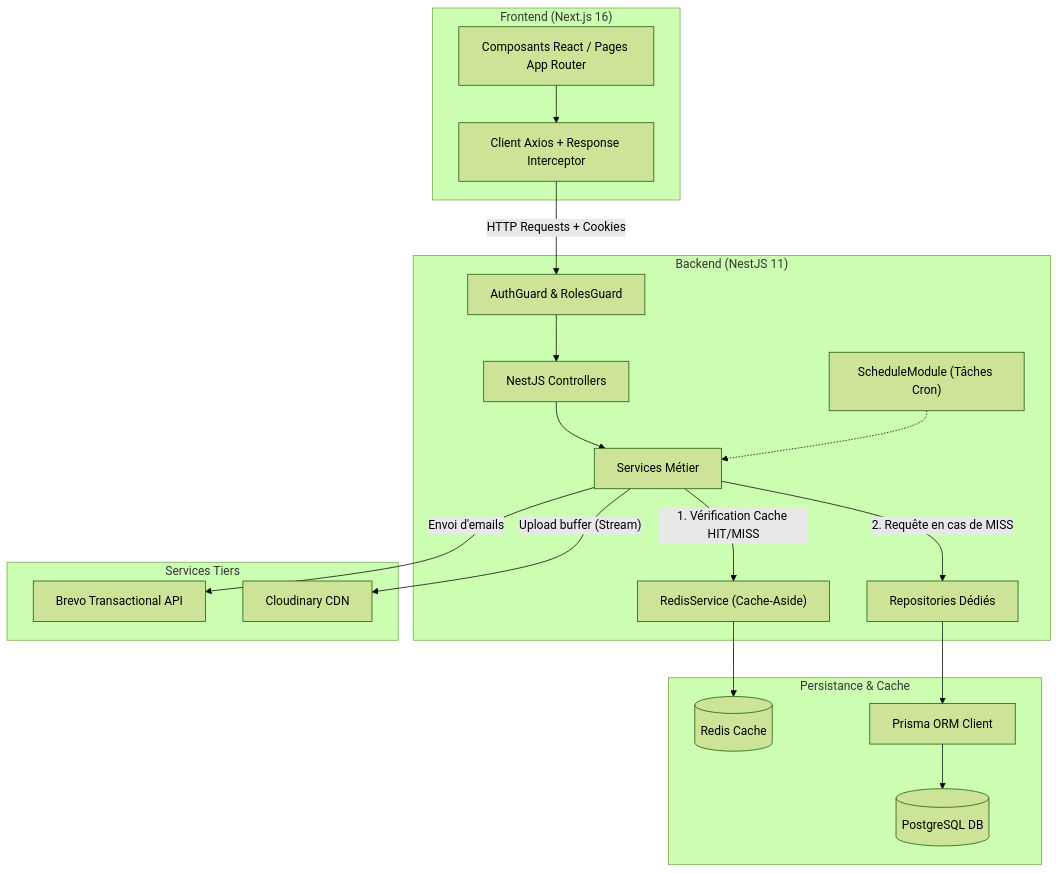
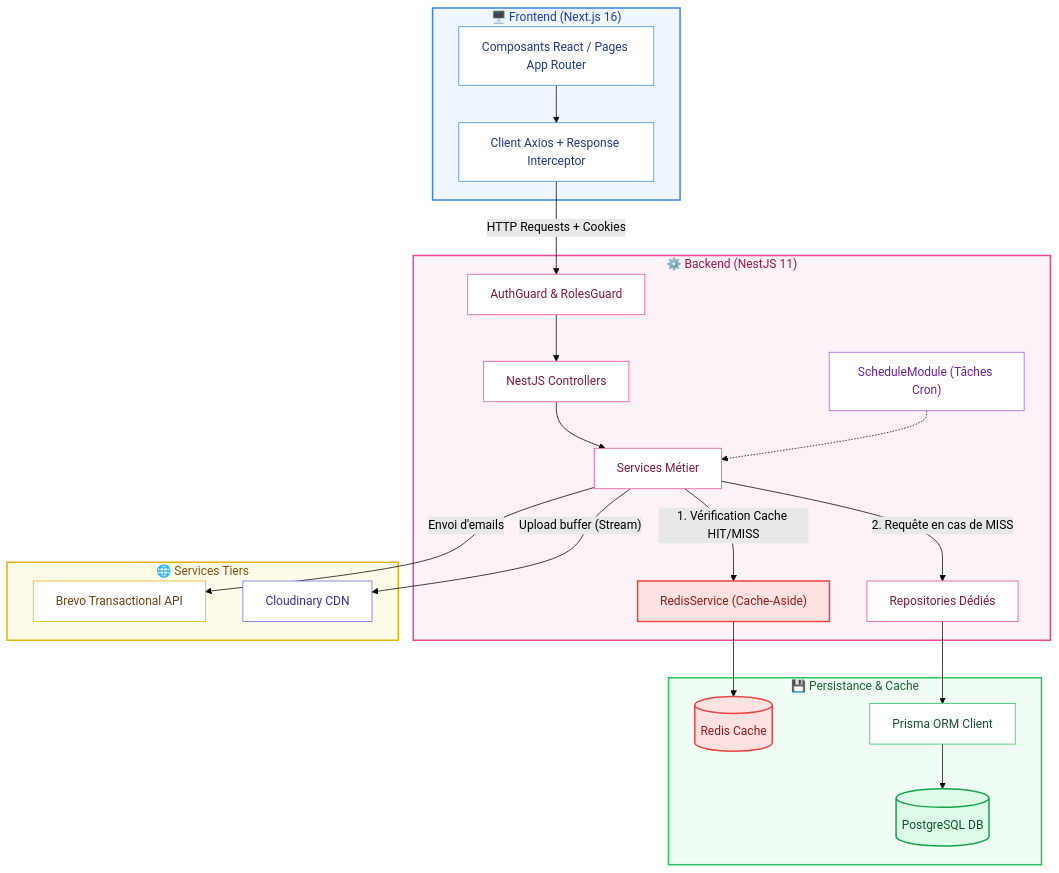
Before and after one commit to rihem-akermi/freeForU: the first of 9 diagrams in README.md, drawn with Mermaid (forest theme). The commit also changed other lines of this file, not shown here.

````diff
--- a/README.md
+++ b/README.md
@@ -104,40 +119,59 @@
 ```mermaid
 flowchart TD
-    subgraph Frontend["Frontend (Next.js 16)"]
+    subgraph Frontend["🖥️ Frontend (Next.js 16)"]
         UI["Composants React / Pages App Router"]
         AxiosClient["Client Axios + Response Interceptor"]
         UI --> AxiosClient
     end
 
-    subgraph Backend["Backend (NestJS 11)"]
+    subgraph Backend["⚙️ Backend (NestJS 11)"]
         Guard["AuthGuard & RolesGuard"]
         Controller["NestJS Controllers"]
         Service["Services Métier"]
         RedisServ["RedisService (Cache-Aside)"]
         Repo["Repositories Dédiés"]
         CronTask["ScheduleModule (Tâches Cron)"]
 
         AxiosClient -->|"HTTP Requests + Cookies"| Guard
         Guard --> Controller
         Controller --> Service
         CronTask -.-> Service
         Service -->|"1. Vérification Cache HIT/MISS"| RedisServ
         Service -->|"2. Requête en cas de MISS"| Repo
     end
 
-    subgraph Data["Persistance & Cache"]
+    subgraph Data["💾 Persistance & Cache"]
         Redis[(Redis Cache)]
         Prisma["Prisma ORM Client"]
         Postgres[(PostgreSQL DB)]
         RedisServ --> Redis
         Repo --> Prisma
         Prisma --> Postgres
     end
 
-    subgraph External["Services Tiers"]
+    subgraph External["🌐 Services Tiers"]
         BrevoAPI["Brevo Transactional API"]
         CloudinaryAPI["Cloudinary CDN"]
         Service -->|"Envoi d'emails"| BrevoAPI
         Service -->|"Upload buffer (Stream)"| CloudinaryAPI
     end
+
+    style Frontend fill:#eff6ff,stroke:#3b82f6,stroke-width:2px,color:#1e40af
+    style Backend fill:#fdf2f8,stroke:#ec4899,stroke-width:2px,color:#9d174d
+    style Data fill:#f0fdf4,stroke:#22c55e,stroke-width:2px,color:#166534
+    style External fill:#fefce8,stroke:#eab308,stroke-width:2px,color:#854d0e
+
+    style UI fill:#ffffff,stroke:#3b82f6,color:#1e3a8a
+    style AxiosClient fill:#ffffff,stroke:#3b82f6,color:#1e3a8a
+    style Guard fill:#ffffff,stroke:#ec4899,color:#831843
+    style Controller fill:#ffffff,stroke:#ec4899,color:#831843
+    style Service fill:#ffffff,stroke:#ec4899,color:#831843
+    style RedisServ fill:#fee2e2,stroke:#ef4444,stroke-width:2px,color:#991b1b
+    style Repo fill:#ffffff,stroke:#ec4899,color:#831843
+    style CronTask fill:#ffffff,stroke:#a855f7,color:#6b21a8
+    style Redis fill:#fee2e2,stroke:#ef4444,stroke-width:2px,color:#991b1b
+    style Prisma fill:#ffffff,stroke:#22c55e,color:#14532d
+    style Postgres fill:#dcfce7,stroke:#16a34a,stroke-width:2px,color:#14532d
+    style BrevoAPI fill:#ffffff,stroke:#eab308,color:#713f12
+    style CloudinaryAPI fill:#ffffff,stroke:#6366f1,color:#3730a3
 ```
````
